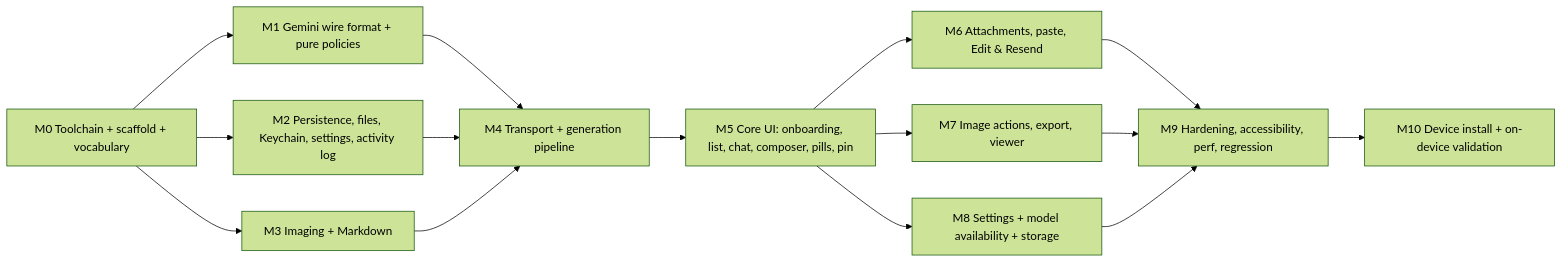
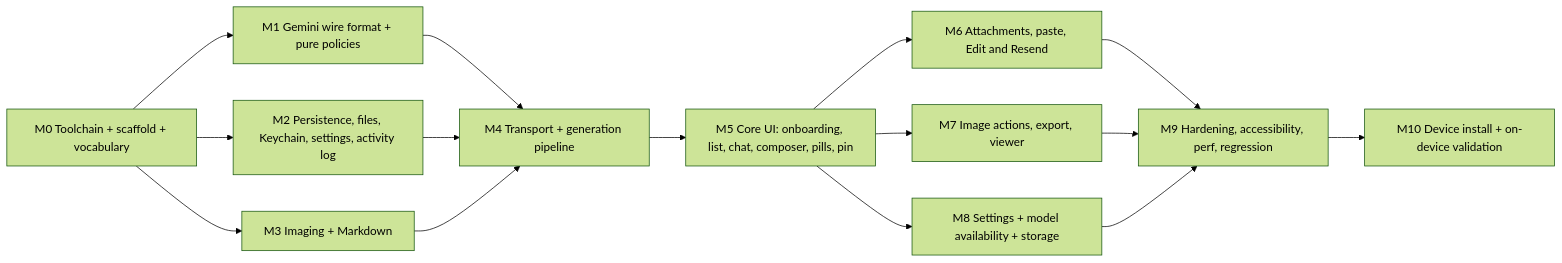
The diagram in doc/IMPLEMENTATION_PLAN.md (apurtell/ImageGen), drawn with Mermaid (forest theme) before and after one commit. The commit also changed other lines of this file and 14 other files, not shown here.

````diff
--- a/doc/IMPLEMENTATION_PLAN.md
+++ b/doc/IMPLEMENTATION_PLAN.md
@@ -444,17 +444,17 @@
 ```mermaid
 graph LR
   M0[M0 Toolchain + scaffold + vocabulary] --> M1[M1 Gemini wire format + pure policies]
   M0 --> M2[M2 Persistence, files, Keychain, settings, activity log]
   M0 --> M3[M3 Imaging + Markdown]
   M1 --> M4[M4 Transport + generation pipeline]
   M2 --> M4
   M3 --> M4
   M4 --> M5[M5 Core UI: onboarding, list, chat, composer, pills, pin]
-  M5 --> M6[M6 Attachments, paste, Edit & Resend]
+  M5 --> M6[M6 Attachments, paste, Edit and Resend]
   M5 --> M7[M7 Image actions, export, viewer]
   M5 --> M8[M8 Settings + model availability + storage]
   M6 --> M9[M9 Hardening, accessibility, perf, regression]
   M7 --> M9
   M8 --> M9
   M9 --> M10[M10 Device install + on-device validation]
 ```
````
